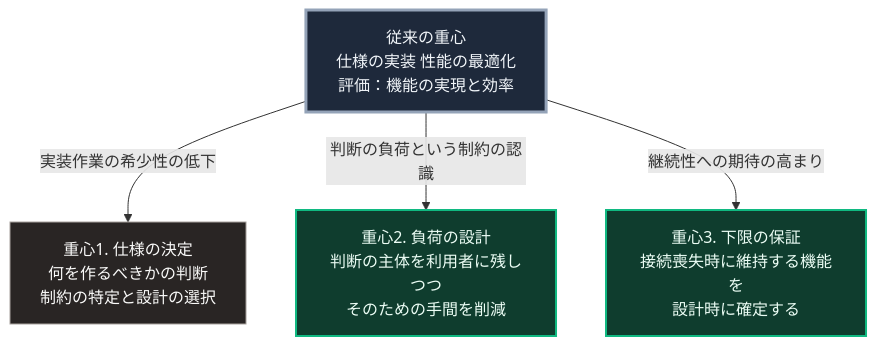
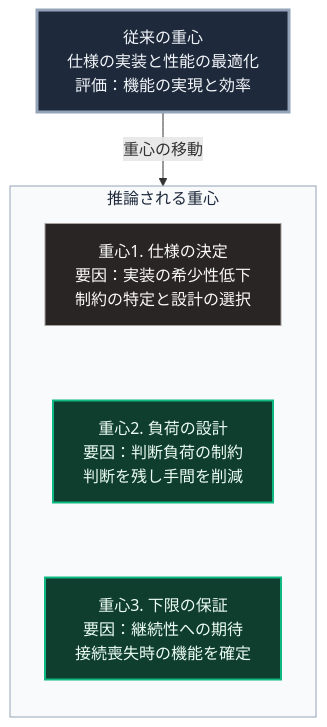
One commit to Takenori-Kusaka/zenn-content changed the diagram in books/sovereign-resilience-blueprint/appendix-engineer-role.md. Above: the diagram before and after it, drawn with Mermaid. The commit also changed other lines of this file and 114 other files, not shown here.

````diff
--- a/books/sovereign-resilience-blueprint/appendix-engineer-role.md
+++ b/books/sovereign-resilience-blueprint/appendix-engineer-role.md
@@ -71,12 +71,16 @@
 ```mermaid
 flowchart TD
-    A[従来の重心<br>仕様の実装 性能の最適化<br>評価：機能の実現と効率]
-    A -->|実装作業の希少性の低下| B[重心1. 仕様の決定<br>何を作るべきかの判断<br>制約の特定と設計の選択]
-    A -->|判断の負荷という制約の認識| C[重心2. 負荷の設計<br>判断の主体を利用者に残しつつ<br>そのための手間を削減]
-    A -->|継続性への期待の高まり| D[重心3. 下限の保証<br>接続喪失時に維持する機能を<br>設計時に確定する]
+    A[従来の重心<br>仕様の実装と性能の最適化<br>評価：機能の実現と効率]
+    A -->|重心の移動| G
+    subgraph G[推論される重心]
+        direction TB
+        B[重心1. 仕様の決定<br>要因：実装の希少性低下<br>制約の特定と設計の選択] ~~~ C[重心2. 負荷の設計<br>要因：判断負荷の制約<br>判断を残し手間を削減]
+        C ~~~ D[重心3. 下限の保証<br>要因：継続性への期待<br>接続喪失時の機能を確定]
+    end
 
     style A fill:#1e293b,stroke:#94a3b8,stroke-width:3px,color:#f1f5f9
     style B fill:#292524,stroke:#a8a29e,color:#fafaf9
     style C fill:#0f3d2e,stroke:#10b981,stroke-width:2px,color:#ecfdf5
     style D fill:#0f3d2e,stroke:#10b981,stroke-width:2px,color:#ecfdf5
+    style G fill:#f8fafc,stroke:#94a3b8,color:#1e293b
 ```
````
